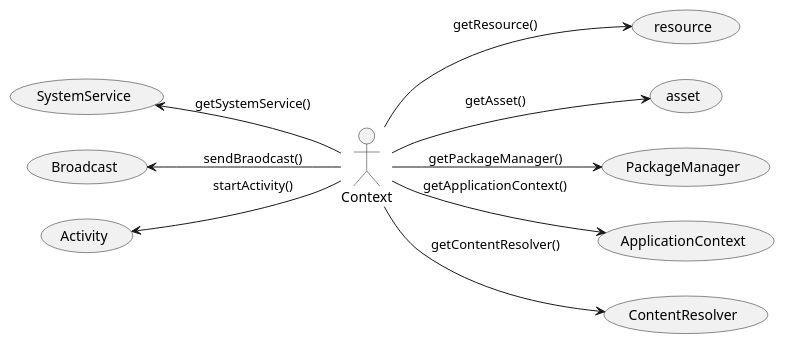
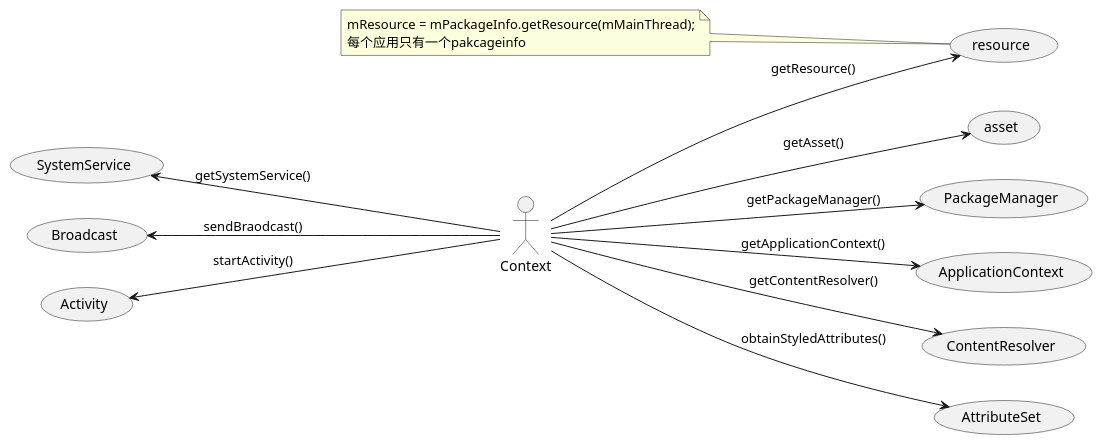
One commit to zhijianz/DevelopNotes changed the diagram in DLProjects/Android Context Notes/UML/ContextUsercase.pu. Above: the diagram before and after it, drawn with PlantUML. The commit also changed 5 other files, not shown here.

```diff
--- a/DLProjects/Android Context Notes/UML/ContextUsercase.pu
+++ b/DLProjects/Android Context Notes/UML/ContextUsercase.pu
@@ -1,15 +1,20 @@
 @startuml
 
 actor Context as ctx
 
 left to right direction
 ctx --> (resource) : getResource()
+note left
+mResource = mPackageInfo.getResource(mMainThread);
+每个应用只有一个pakcageinfo
+end note
 ctx --> (asset) : getAsset()
 ctx --> (PackageManager) : getPackageManager()
 ctx --> (ApplicationContext) : getApplicationContext()
 ctx --> (ContentResolver) : getContentResolver()
+ctx --> (AttributeSet) : obtainStyledAttributes()
 
 (SystemService) <-- ctx : getSystemService()
 (Broadcast) <-- ctx : sendBraodcast()
 (Activity) <-- ctx : startActivity()
 @enduml
```
